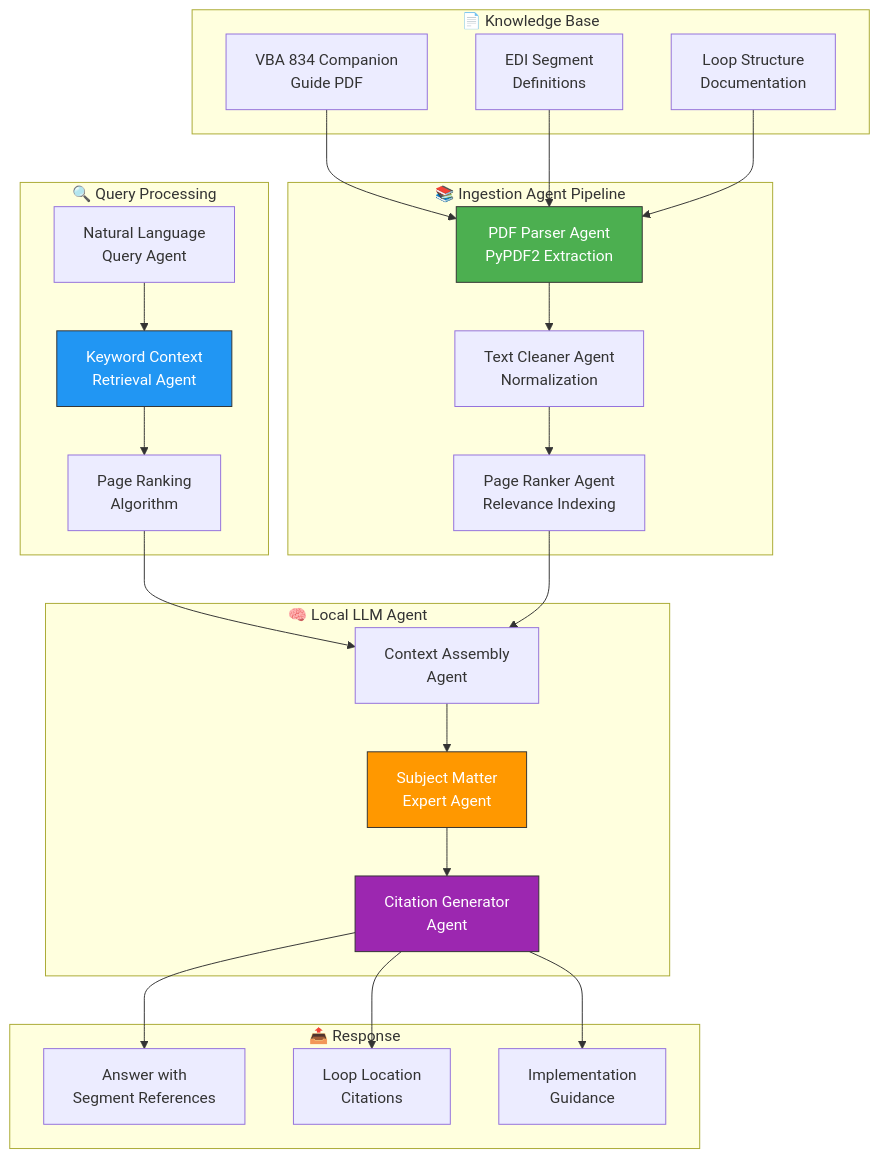
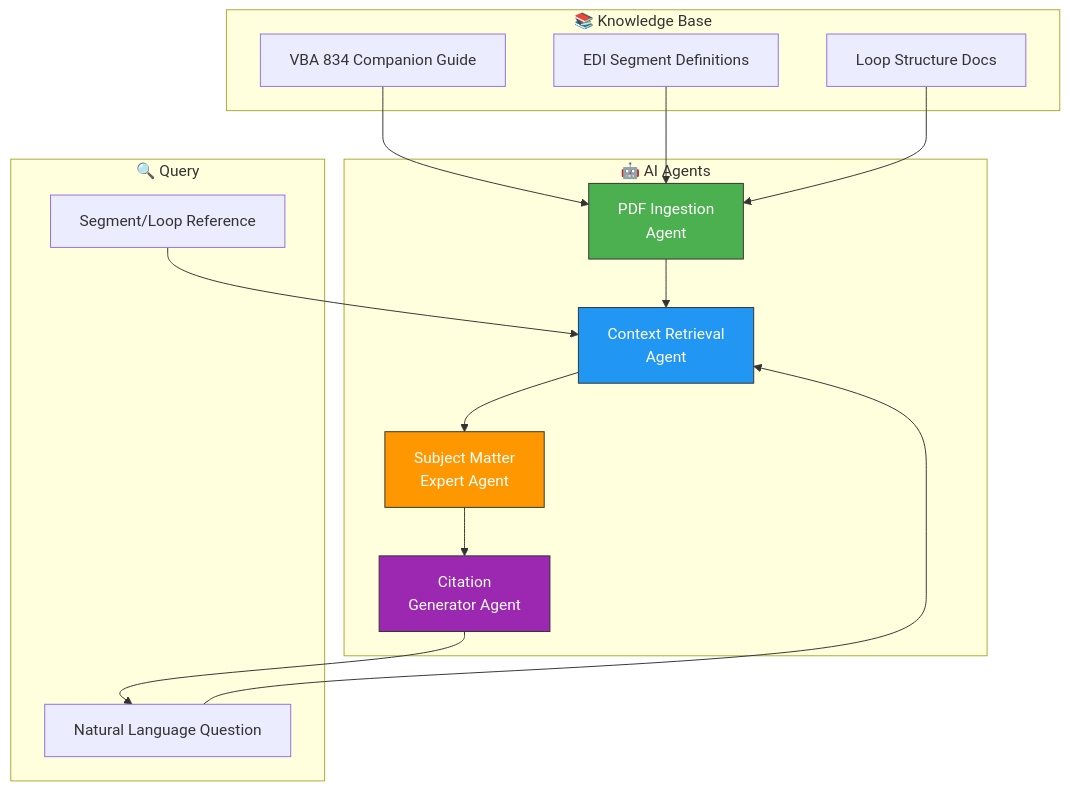
Before and after one commit to SparkSpheartech/VBA-Assistant: the second of 2 diagrams in README.md, drawn with Mermaid. The commit also changed other lines of this file, not shown here.

Commit message:
📋 SPARKSPHEAR branding: Start With the Workflow. Scale What Works. + packages + Answer/Route/Bring Back/Keep Control

````diff
--- a/README.md
+++ b/README.md
@@ -20,52 +47,31 @@
 ```mermaid
 graph TB
-    subgraph INPUT["📄 Knowledge Base"]
-        I1[VBA 834 Companion\nGuide PDF]
-        I2[EDI Segment\nDefinitions]
-        I3[Loop Structure\nDocumentation]
+    subgraph KNOWLEDGE["📚 Knowledge Base"]
+        K1[VBA 834 Companion Guide]
+        K2[EDI Segment Definitions]
+        K3[Loop Structure Docs]
     end
-
-    subgraph INGESTION["📚 Ingestion Agent Pipeline"]
-        P1[PDF Parser Agent\nPyPDF2 Extraction]
-        P2[Text Cleaner Agent\nNormalization]
-        P3[Page Ranker Agent\nRelevance Indexing]
+    subgraph AGENTS["🤖 AI Agents"]
+        A1[PDF Ingestion\nAgent]
+        A2[Context Retrieval\nAgent]
+        A3[Subject Matter\nExpert Agent]
+        A4[Citation\nGenerator Agent]
     end
-
-    subgraph QUERY["🔍 Query Processing"]
-        Q1[Natural Language\nQuery Agent]
-        Q2[Keyword Context\nRetrieval Agent]
-        Q3[Page Ranking\nAlgorithm]
+    subgraph QUERY["🔍 Query"]
+        Q1[Natural Language Question]
+        Q2[Segment/Loop Reference]
     end
-
-    subgraph LLM["🧠 Local LLM Agent"]
-        L1[Context Assembly\nAgent]
-        L2[Subject Matter\nExpert Agent]
-        L3[Citation Generator\nAgent]
-    end
-
-    subgraph OUTPUT["📤 Response"]
-        O1[Answer with\nSegment References]
-        O2[Loop Location\nCitations]
-        O3[Implementation\nGuidance]
-    end
-
-    I1 --> P1
-    I2 --> P1
-    I3 --> P1
-    P1 --> P2
-    P2 --> P3
-    Q1 --> Q2
-    Q2 --> Q3
-    Q3 --> L1
-    P3 --> L1
-    L1 --> L2
-    L2 --> L3
-    L3 --> O1
-    L3 --> O2
-    L3 --> O3
-
-    style P1 fill:#4CAF50,stroke:#333,color:#fff
-    style Q2 fill:#2196F3,stroke:#333,color:#fff
-    style L2 fill:#FF9800,stroke:#333,color:#fff
-    style L3 fill:#9C27B0,stroke:#333,color:#fff
+    K1 --> A1
+    K2 --> A1
+    K3 --> A1
+    A1 --> A2
+    Q1 --> A2
+    Q2 --> A2
+    A2 --> A3
+    A3 --> A4
+    A4 --> Q1
+    style A1 fill:#4CAF50,stroke:#333,color:#fff
+    style A2 fill:#2196F3,stroke:#333,color:#fff
+    style A3 fill:#FF9800,stroke:#333,color:#fff
+    style A4 fill:#9C27B0,stroke:#333,color:#fff
 ```
````
